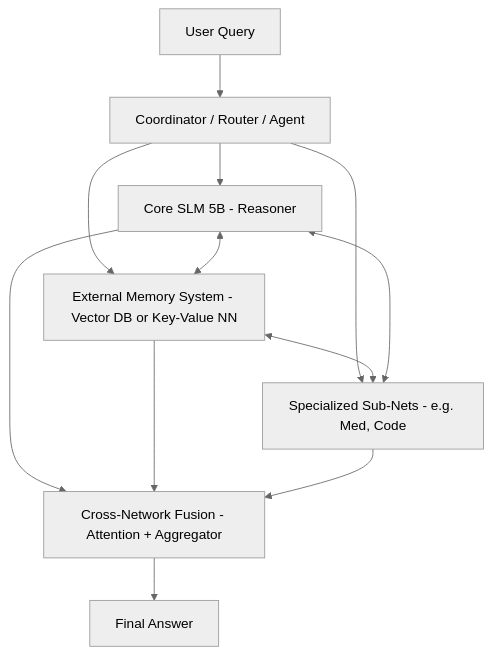
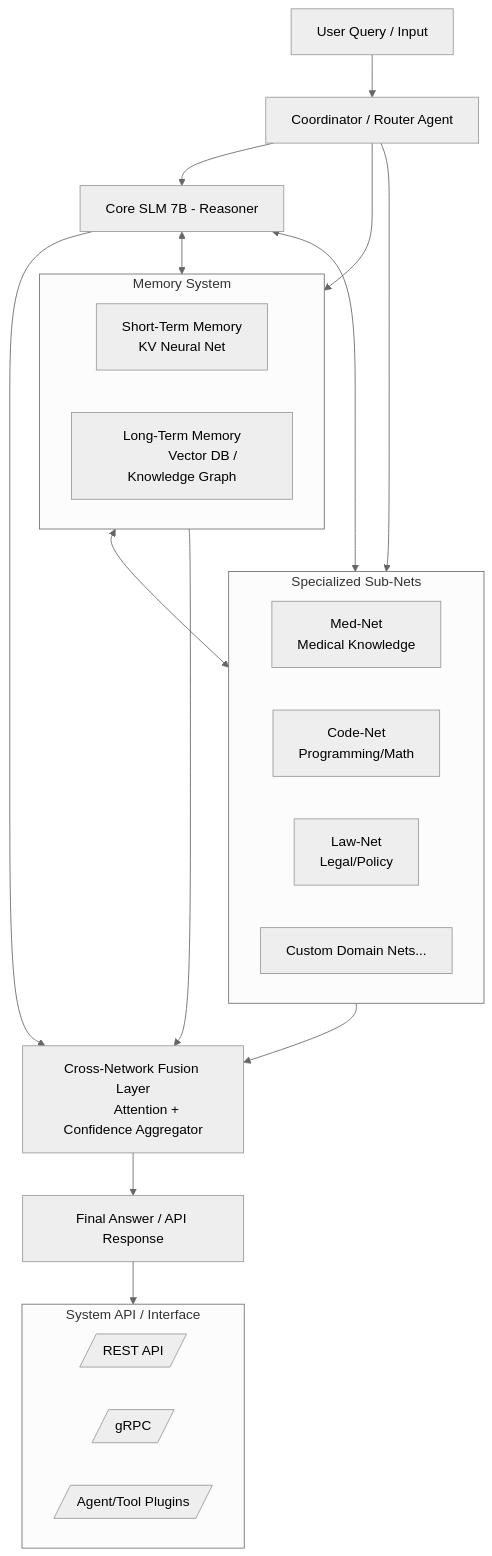
One commit to Lyrixtah/AtomMind changed the diagram in docs/public/ARCHITECTURE.md. Above: the diagram before and after it, drawn with Mermaid (neutral theme).

````diff
--- a/docs/public/ARCHITECTURE.md
+++ b/docs/public/ARCHITECTURE.md
@@ -1,28 +1,51 @@
 ```mermaid
-flowchart TD
+flowchart TB
 
-    %% Nodes
-    A[User Query]
-    B[Coordinator / Router / Agent]
-    C[Core SLM 5B - Reasoner]
-    D[External Memory System - Vector DB or Key-Value NN]
-    E[Specialized Sub-Nets - e.g. Med, Code]
-    F[Cross-Network Fusion - Attention + Aggregator]
-    G[Final Answer]
+    %% User Interaction
+    A[User Query / Input] --> B[Coordinator / Router Agent]
 
-    %% Edges
-    A --> B
-    B --> C
+    %% Core Model
+    B --> C[Core SLM 7B - Reasoner]
+
+    %% Memory System
+    subgraph D[Memory System]
+        D1[Short-Term Memory
+            KV Neural Net]
+        D2[Long-Term Memory
+            Vector DB / Knowledge Graph]
+    end
     B --> D
+    C <--> D
+
+    %% Specialized Subnets
+    subgraph E[Specialized Sub-Nets]
+        E1[Med-Net
+            Medical Knowledge]
+        E2[Code-Net
+            Programming/Math]
+        E3[Law-Net
+            Legal/Policy]
+        E4[Custom Domain Nets...]
+    end
     B --> E
+    C <--> E
+    D <--> E
 
-    C <--> D
-    D <--> E
-    E <--> C
-
+    %% Fusion Layer
+    F[Cross-Network Fusion Layer
+        Attention + Confidence Aggregator]
     C --> F
     D --> F
     E --> F
 
-    F --> G
+    %% Final Output
+    F --> G[Final Answer / API Response]
+
+    %% API Layer
+    subgraph H[System API / Interface]
+        H1[/REST API/]
+        H2[/gRPC/]
+        H3[/Agent/Tool Plugins/]
+    end
+    G --> H
 ```
````
